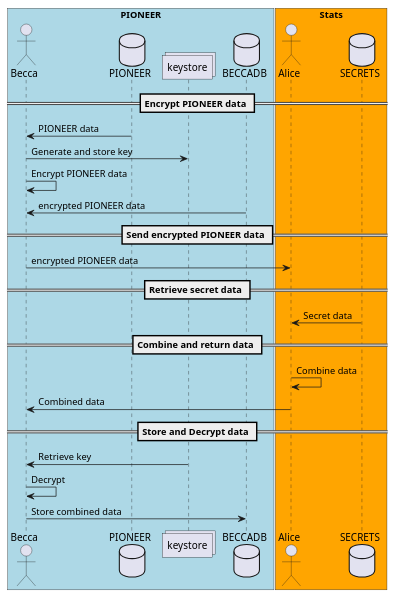
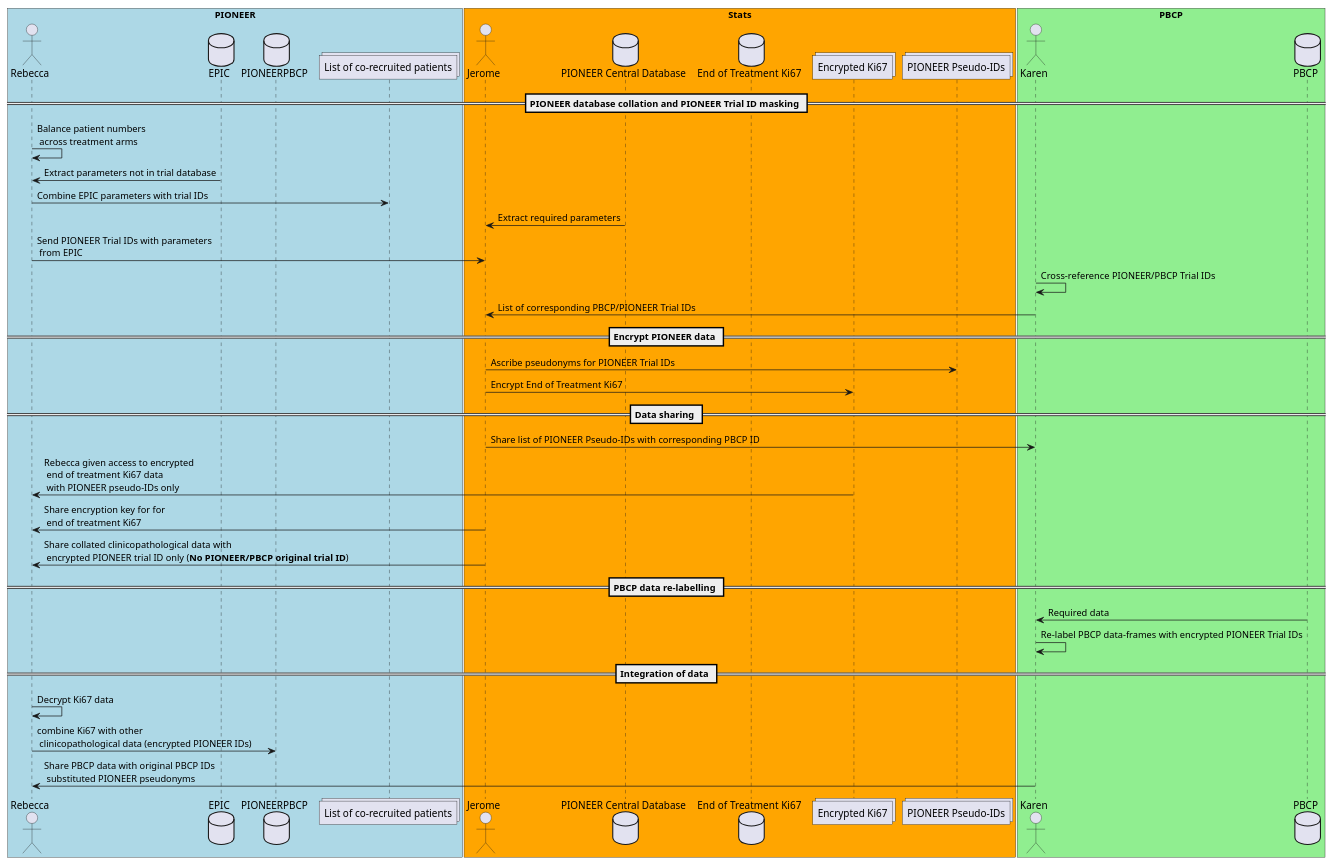
Before and after one commit to burrel01/pioneer_share: the diagram in datamanagementsequence.puml, drawn with PlantUML.

Commit message:
First attempt at sequence diagram for pseudonym approach

```diff
--- a/datamanagementsequence.puml
+++ b/datamanagementsequence.puml
@@ -1,37 +1,52 @@
 @startuml
-
 box "PIONEER" #LightBlue
-actor Becca
-database PIONEER
-collections keystore
-database BECCADB
+actor Rebecca
+database EPIC
+database PIONEERPBCP
+collections "List of co-recruited patients"
 end box
 
 box "Stats" #Orange
-actor Alice
-database SECRETS
+actor Jerome
+database "PIONEER Central Database" as pcdb
+database "End of Treatment Ki67"
+collections "Encrypted Ki67"
+collections "PIONEER Pseudo-IDs"
 end box
 
+box "PBCP" #LightGreen
+actor Karen
+database PBCP
+end box
+
+== PIONEER database collation and PIONEER Trial ID masking ==
+
+Rebecca -> Rebecca: Balance patient numbers \n across treatment arms
+EPIC -> Rebecca: Extract parameters not in trial database
+Rebecca -> "List of co-recruited patients": Combine EPIC parameters with trial IDs
+pcdb -> Jerome: Extract required parameters
+Rebecca -> Jerome: Send PIONEER Trial IDs with parameters \n from EPIC
+Karen -> Karen: Cross-reference PIONEER/PBCP Trial IDs
+Karen -> Jerome: List of corresponding PBCP/PIONEER Trial IDs
+
+'Jerome -> Jerome: Collate PBCP/PIONEER trial IDs and all clinicopathological data'
+
 == Encrypt PIONEER data ==
+Jerome -> "PIONEER Pseudo-IDs" : Ascribe pseudonyms for PIONEER Trial IDs
+Jerome -> "Encrypted Ki67": Encrypt End of Treatment Ki67
 
-PIONEER -> Becca: PIONEER data
-Becca -> keystore: Generate and store key
-Becca -> Becca: Encrypt PIONEER data
-Becca <- BECCADB: encrypted PIONEER data
+== Data sharing ==
+Jerome -> Karen: Share list of PIONEER Pseudo-IDs with corresponding PBCP ID
+"Encrypted Ki67" -> Rebecca: Rebecca given access to encrypted \n end of treatment Ki67 data \n with PIONEER pseudo-IDs only
+Jerome -> Rebecca: Share encryption key for for \n end of treatment Ki67
+Jerome -> Rebecca: Share collated clinicopathological data with \n encrypted PIONEER trial ID only (**No PIONEER/PBCP original trial ID**)
 
-== Send encrypted PIONEER data ==
-Becca -> Alice: encrypted PIONEER data
+== PBCP data re-labelling ==
+PBCP -> Karen: Required data
+Karen -> Karen: Re-label PBCP data-frames with encrypted PIONEER Trial IDs
 
-== Retrieve secret data ==
-SECRETS -> Alice: Secret data
-
-== Combine and return data ==
-Alice -> Alice: Combine data
-Alice -> Becca: Combined data
-
-== Store and Decrypt data ==
-keystore -> Becca: Retrieve key
-Becca -> Becca: Decrypt
-Becca -> BECCADB: Store combined data
-
+== Integration of data ==
+Rebecca -> Rebecca: Decrypt Ki67 data
+Rebecca -> PIONEERPBCP: combine Ki67 with other \n clinicopathological data (encrypted PIONEER IDs)
+Karen -> Rebecca: Share PBCP data with original PBCP IDs \n substituted PIONEER pseudonyms
 @enduml
```
